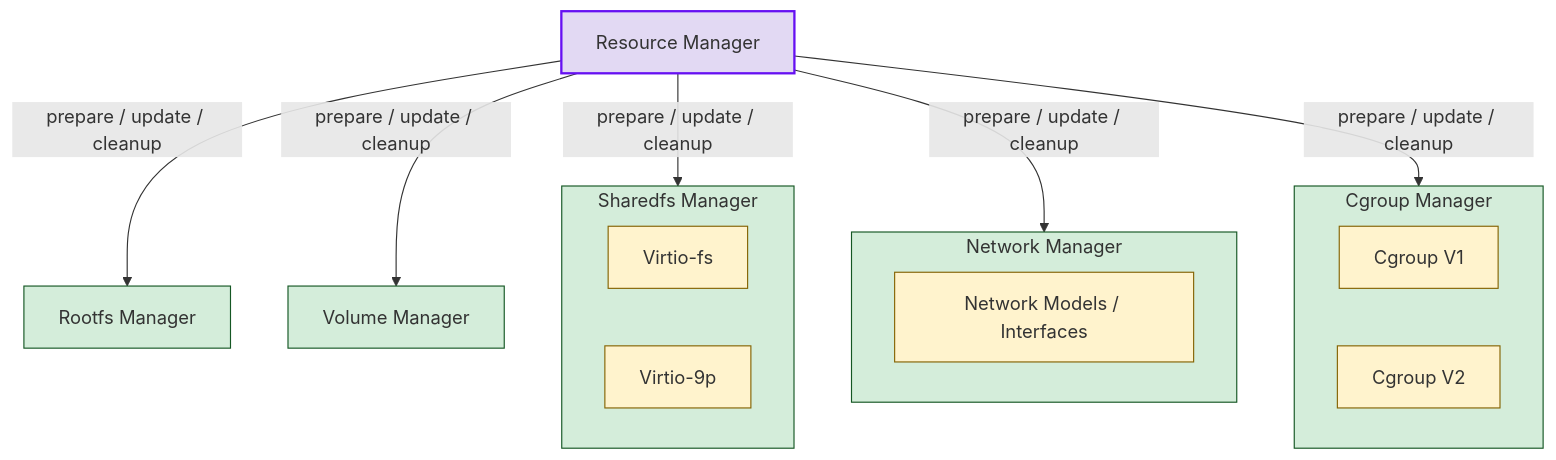
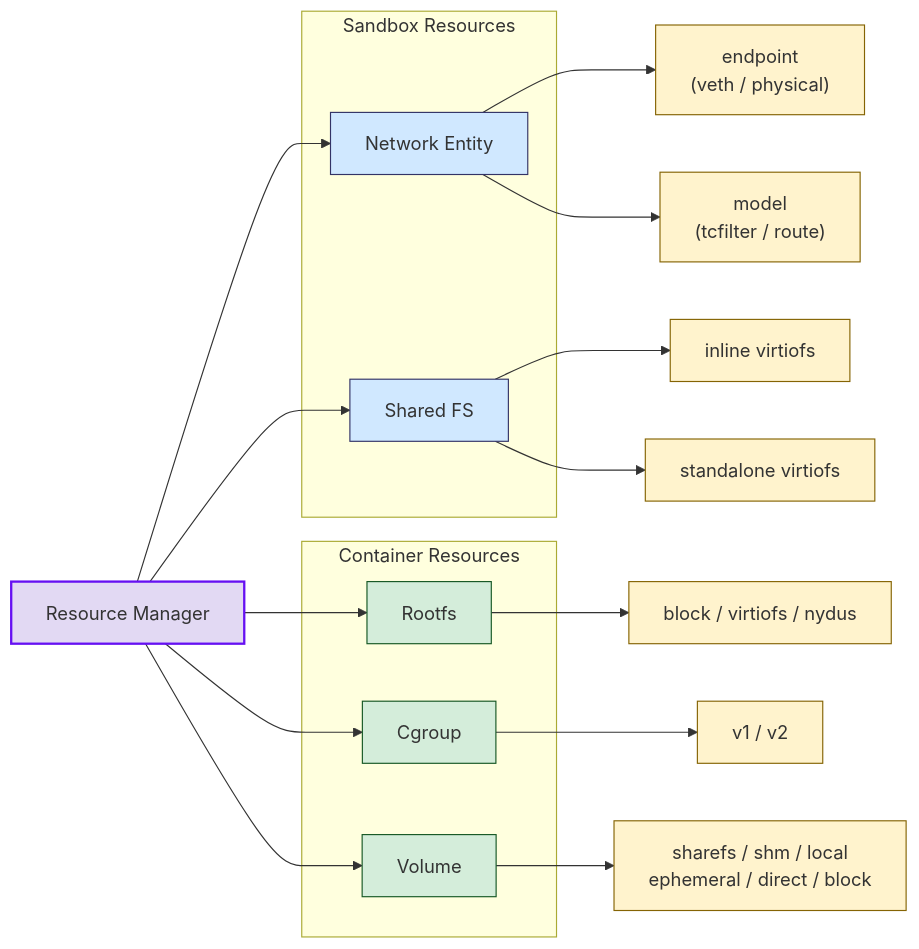
Before and after one commit to Apokleos/kata-containers: the sixth of 6 diagrams in docs/design/architecture_4.0/README.md, drawn with Mermaid. The commit also changed other lines of this file, not shown here.

First line of the commit message:
docs: simplify Extensible Framework and Modular Resource Manager mermaid diagrams

````diff
--- a/docs/design/architecture_4.0/README.md
+++ b/docs/design/architecture_4.0/README.md
@@ -319,34 +307,39 @@
 ```mermaid
-graph TD
+graph LR
     RM["Resource Manager"]
 
-    subgraph SharedfsMgr["Sharedfs Manager"]
-        VirtioFS["Virtio-fs"]
-        Virtio9p["Virtio-9p"]
+    subgraph SandboxRes["Sandbox Resources"]
+        Network["Network Entity"]
+        SharedFs["Shared FS"]
     end
 
-    subgraph NetworkMgr["Network Manager"]
-        NetModels["Network Models / Interfaces"]
+    subgraph ContainerRes["Container Resources"]
+        Rootfs["Rootfs"]
+        Cgroup["Cgroup"]
+        Volume["Volume"]
     end
 
-    RootfsMgr["Rootfs Manager"]
-    VolumeMgr["Volume Manager"]
+    RM --> Network
+    RM --> SharedFs
+    RM --> Rootfs
+    RM --> Cgroup
+    RM --> Volume
 
-    subgraph CgroupMgr["Cgroup Manager"]
-        CgroupV1["Cgroup V1"]
-        CgroupV2["Cgroup V2"]
-    end
+    Network --> Endpoint["endpoint\n(veth / physical)"]
+    Network --> NetModel["model\n(tcfilter / route)"]
+    SharedFs --> InlineVirtioFs["inline virtiofs"]
+    SharedFs --> StandaloneVirtioFs["standalone virtiofs"]
 
-    RM -->|"prepare / update / cleanup"| SharedfsMgr
-    RM -->|"prepare / update / cleanup"| NetworkMgr
-    RM -->|"prepare / update / cleanup"| RootfsMgr
-    RM -->|"prepare / update / cleanup"| VolumeMgr
-    RM -->|"prepare / update / cleanup"| CgroupMgr
+    Rootfs --> RootfsTypes["block / virtiofs / nydus"]
+    Cgroup --> CgroupVers["v1 / v2"]
+    Volume --> VolumeTypes["sharefs / shm / local\nephemeral / direct / block"]
 
     classDef rm fill:#e2d9f3,stroke:#6610f2,stroke-width:2px
-    classDef resource fill:#d4edda,stroke:#155724,stroke-width:1px
+    classDef sandbox fill:#d0e8ff,stroke:#336,stroke-width:1px
+    classDef container fill:#d4edda,stroke:#155724,stroke-width:1px
     classDef impl fill:#fff3cd,stroke:#856404,stroke-width:1px
     class RM rm
-    class SharedfsMgr,NetworkMgr,RootfsMgr,VolumeMgr,CgroupMgr resource
-    class VirtioFS,Virtio9p,NetModels,CgroupV1,CgroupV2 impl
+    class Network,SharedFs sandbox
+    class Rootfs,Cgroup,Volume container
+    class Endpoint,NetModel,InlineVirtioFs,StandaloneVirtioFs,RootfsTypes,CgroupVers,VolumeTypes impl
 ```
````
